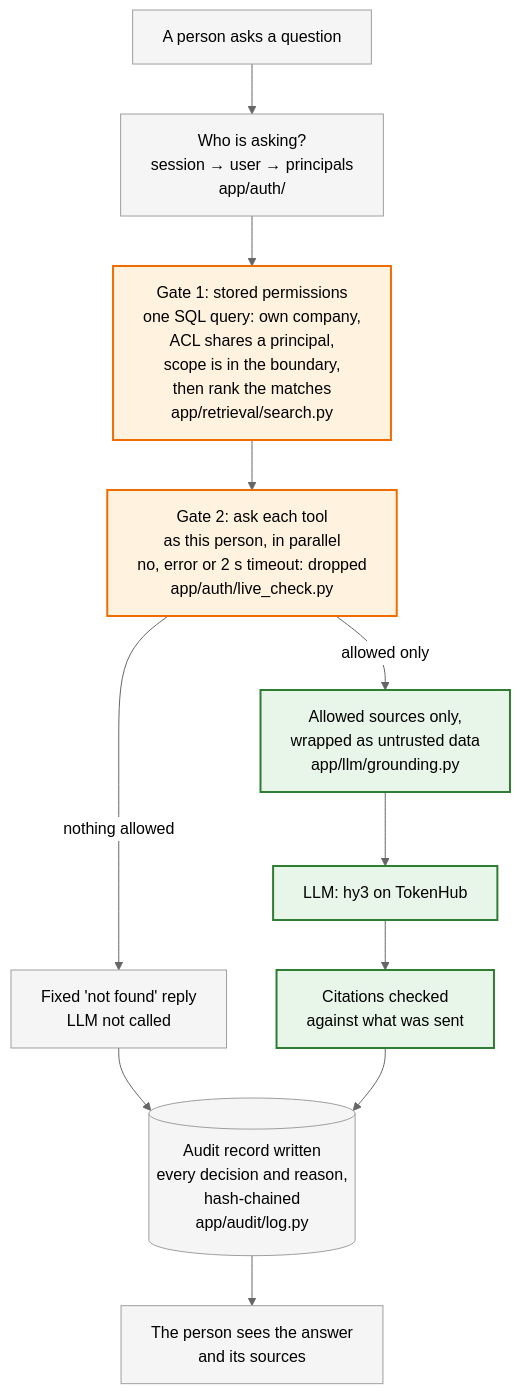
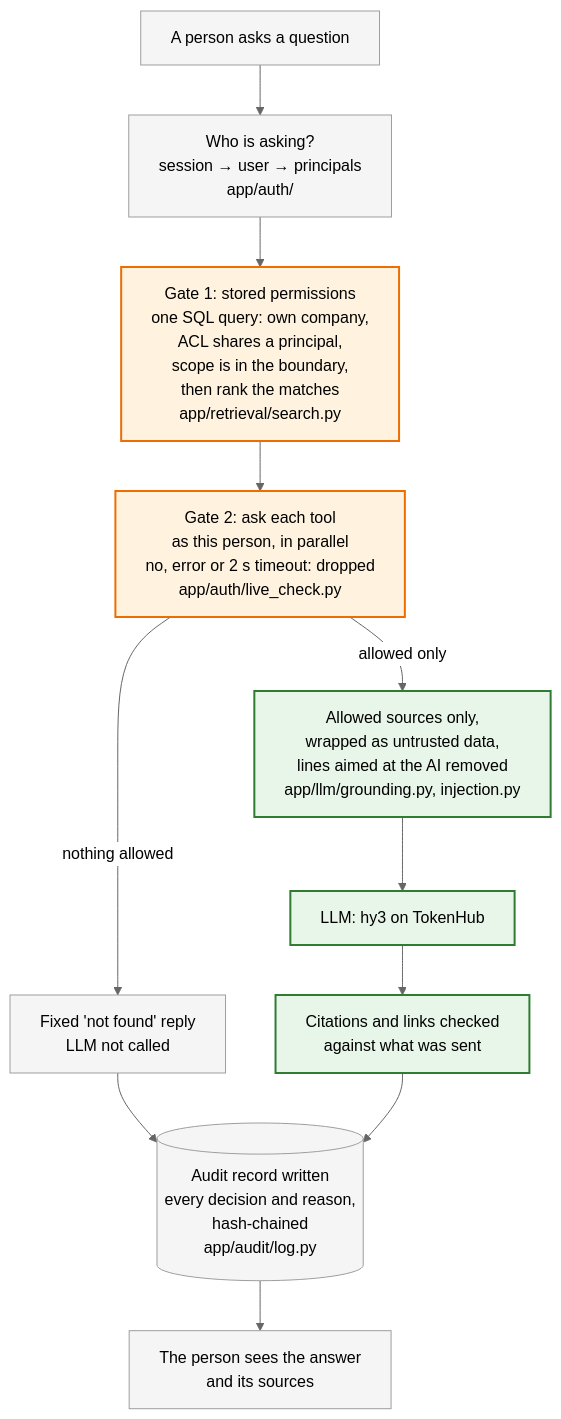
The first of 6 diagrams in docs/ARCHITECTURE.md (gabriel-wan/tencent-hackathon-fintech), drawn with Mermaid (neutral theme) before and after one commit. The commit also changed other lines of this file and 5 other files, not shown here.

````diff
--- a/docs/ARCHITECTURE.md
+++ b/docs/ARCHITECTURE.md
@@ -36,29 +36,29 @@
 ```mermaid
 %%{init: {"flowchart": {"wrappingWidth": 360}}}%%
 flowchart TB
     U["A person asks a question"]
     ID["Who is asking?<br/>session → user → principals<br/>app/auth/"]
     G1["Gate 1: stored permissions<br/>one SQL query: own company,<br/>ACL shares a principal,<br/>scope is in the boundary,<br/>then rank the matches<br/>app/retrieval/search.py"]
     G2["Gate 2: ask each tool<br/>as this person, in parallel<br/>no, error or 2 s timeout: dropped<br/>app/auth/live_check.py"]
     N["Fixed 'not found' reply<br/>LLM not called"]
-    C["Allowed sources only,<br/>wrapped as untrusted data<br/>app/llm/grounding.py"]
+    C["Allowed sources only,<br/>wrapped as untrusted data,<br/>lines aimed at the AI removed<br/>app/llm/grounding.py, injection.py"]
     M["LLM: hy3 on TokenHub"]
-    V["Citations checked<br/>against what was sent"]
+    V["Citations and links checked<br/>against what was sent"]
     A[("Audit record written<br/>every decision and reason,<br/>hash-chained<br/>app/audit/log.py")]
     R["The person sees the answer<br/>and its sources"]
 
     U --> ID --> G1 --> G2
     G2 -->|"nothing allowed"| N
     G2 -->|"allowed only"| C
     C --> M --> V
     N --> A
     V --> A
     A --> R
 
     classDef gate fill:#fff3e0,stroke:#ef6c00,stroke-width:2px,color:#000
     classDef llm fill:#e8f5e9,stroke:#2e7d32,stroke-width:2px,color:#000
     classDef plain fill:#f5f5f5,stroke:#9e9e9e,color:#000
     class G1,G2 gate
     class C,M,V llm
     class U,ID,N,A,R plain
 ```
````
